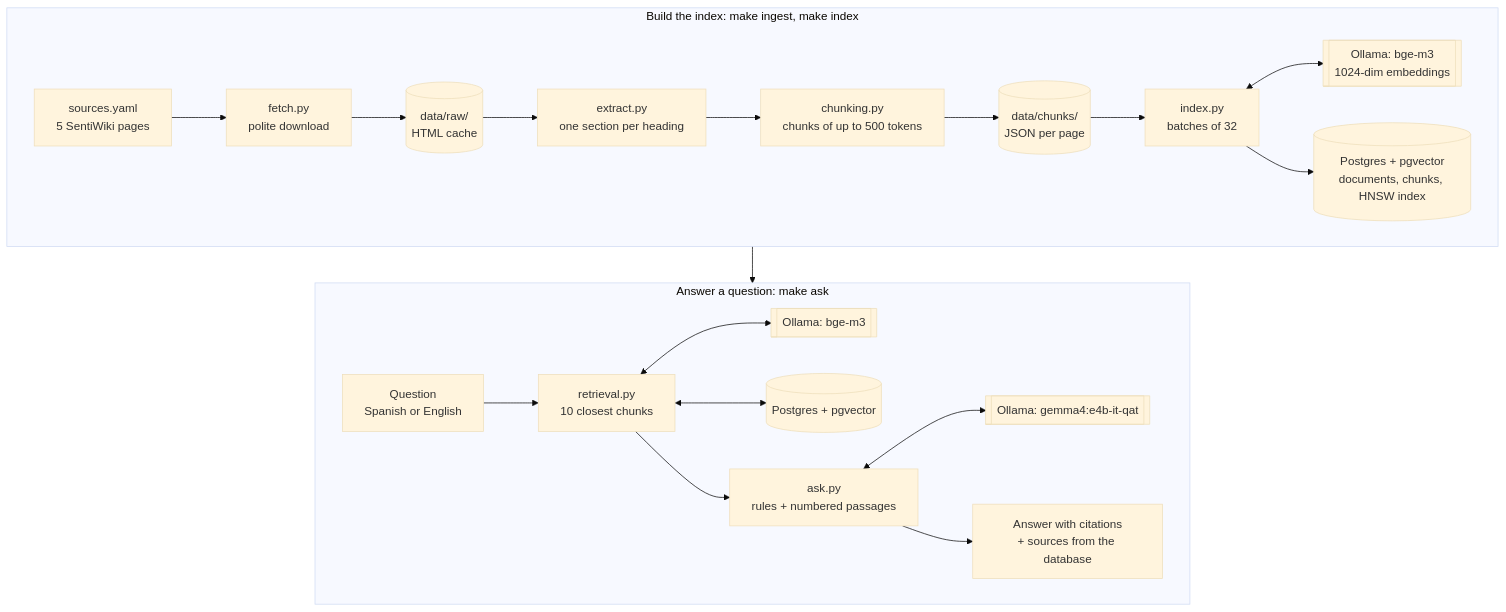
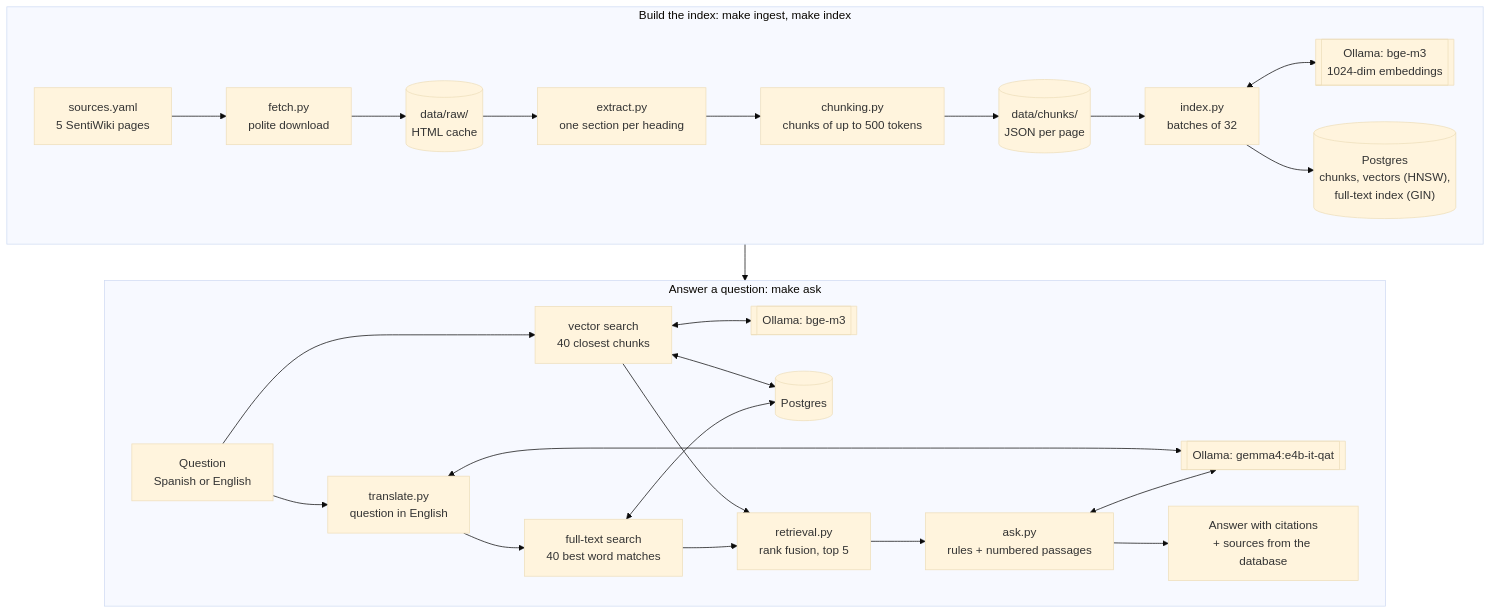
Before and after one commit to mmartinsie/sentinel1-rag: the diagram in README.md, drawn with Mermaid (base theme). The commit also changed other lines of this file and 9 other files, not shown here.

First line of the commit message:
feat: default to translated hybrid search with the top 5

````diff
--- a/README.md
+++ b/README.md
@@ -37,24 +40,30 @@
 ```mermaid
 flowchart TB
     subgraph build["Build the index: make ingest, make index"]
         direction LR
         S["sources.yaml<br/>5 SentiWiki pages"] --> F["fetch.py<br/>polite download"]
         F --> R[("data/raw/<br/>HTML cache")]
         R --> EX["extract.py<br/>one section per heading"]
         EX --> C["chunking.py<br/>chunks of up to 500 tokens"]
         C --> J[("data/chunks/<br/>JSON per page")]
         J --> I["index.py<br/>batches of 32"]
         I <--> E1[["Ollama: bge-m3<br/>1024-dim embeddings"]]
-        I --> DB[("Postgres + pgvector<br/>documents, chunks, HNSW index")]
+        I --> DB[("Postgres<br/>chunks, vectors (HNSW),<br/>full-text index (GIN)")]
     end
     subgraph answer["Answer a question: make ask"]
         direction LR
-        Q["Question<br/>Spanish or English"] --> RT["retrieval.py<br/>10 closest chunks"]
-        RT <--> E2[["Ollama: bge-m3"]]
-        RT <--> DB2[("Postgres + pgvector")]
-        RT --> P["ask.py<br/>rules + numbered passages"]
-        P <--> G[["Ollama: gemma4:e4b-it-qat"]]
+        Q["Question<br/>Spanish or English"] --> T["translate.py<br/>question in English"]
+        T <--> G[["Ollama: gemma4:e4b-it-qat"]]
+        Q --> V["vector search<br/>40 closest chunks"]
+        T --> L["full-text search<br/>40 best word matches"]
+        V <--> E2[["Ollama: bge-m3"]]
+        V <--> DB2[("Postgres")]
+        L <--> DB2
+        V --> RRF["retrieval.py<br/>rank fusion, top 5"]
+        L --> RRF
+        RRF --> P["ask.py<br/>rules + numbered passages"]
+        P <--> G
         P --> OUT["Answer with citations<br/>+ sources from the database"]
     end
     build --> answer
 ```
````
